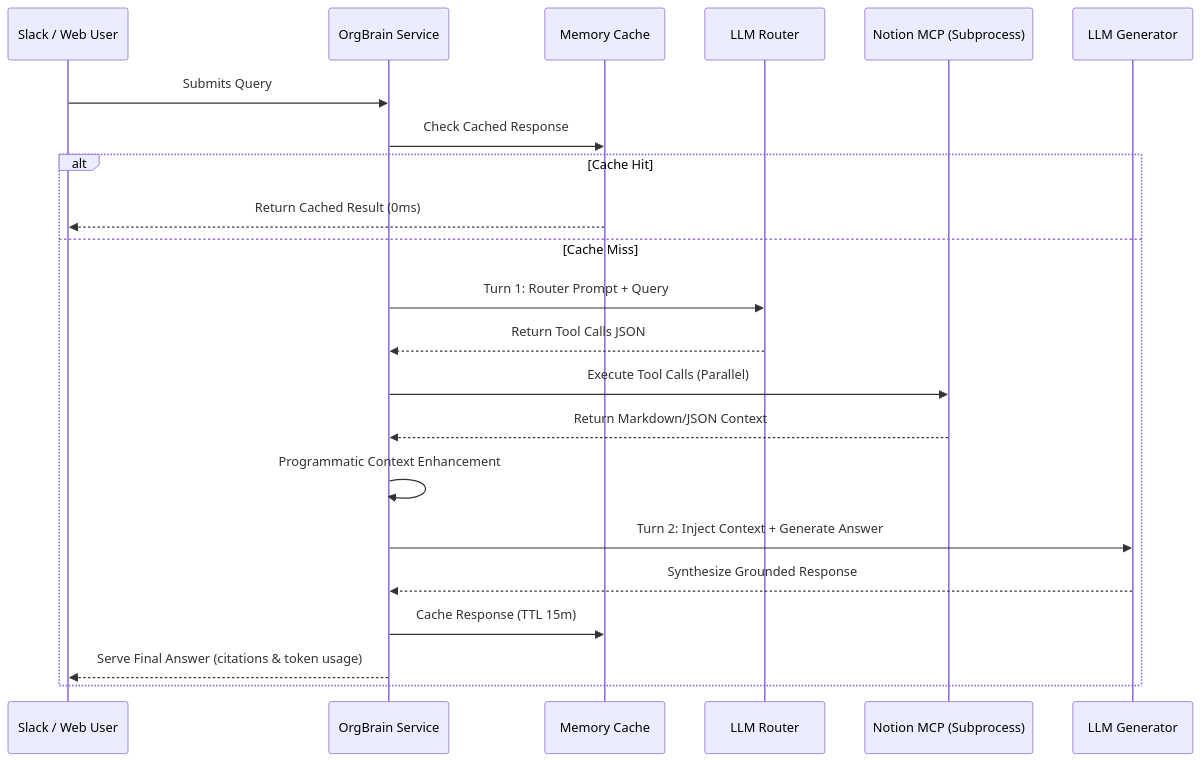
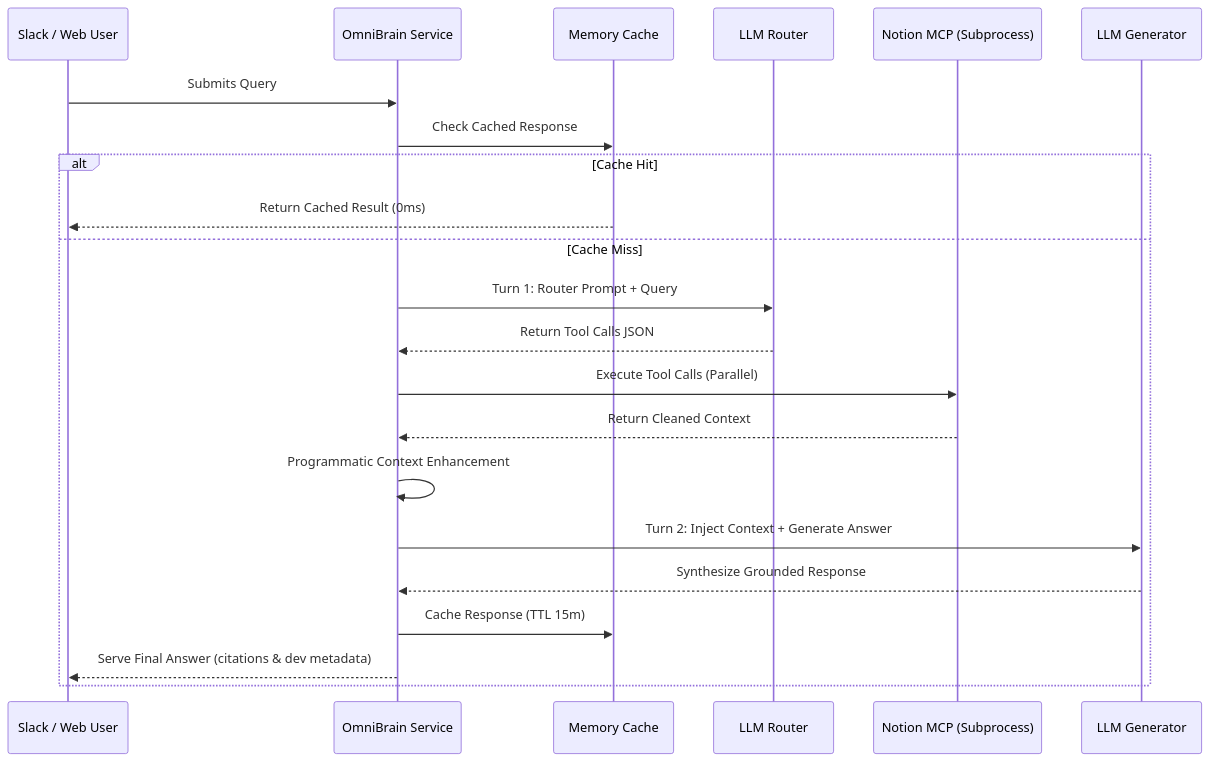
Before and after one commit to mahendra-shah/org-brain: the diagram in README.md, drawn with Mermaid. The commit also changed other lines of this file and 11 other files, not shown here.

Commit message:
chore: rebrand project to OmniBrain and introduce RAG test suite documentation

````diff
--- a/README.md
+++ b/README.md
@@ -28,25 +29,25 @@
 ```mermaid
 sequenceDiagram
     participant User as Slack / Web User
-    participant App as OrgBrain Service
+    participant App as OmniBrain Service
     participant Cache as Memory Cache
     participant Router as LLM Router
     participant Notion as Notion MCP (Subprocess)
     participant Gen as LLM Generator
 
     User->>App: Submits Query
     App->>Cache: Check Cached Response
     alt Cache Hit
         Cache-->>User: Return Cached Result (0ms)
     else Cache Miss
         App->>Router: Turn 1: Router Prompt + Query
         Router-->>App: Return Tool Calls JSON
         App->>Notion: Execute Tool Calls (Parallel)
-        Notion-->>App: Return Markdown/JSON Context
+        Notion-->>App: Return Cleaned Context
         App->>App: Programmatic Context Enhancement
         App->>Gen: Turn 2: Inject Context + Generate Answer
         Gen-->>App: Synthesize Grounded Response
         App->>Cache: Cache Response (TTL 15m)
-        App-->>User: Serve Final Answer (citations & token usage)
+        App-->>User: Serve Final Answer (citations & dev metadata)
     end
 ```
````
